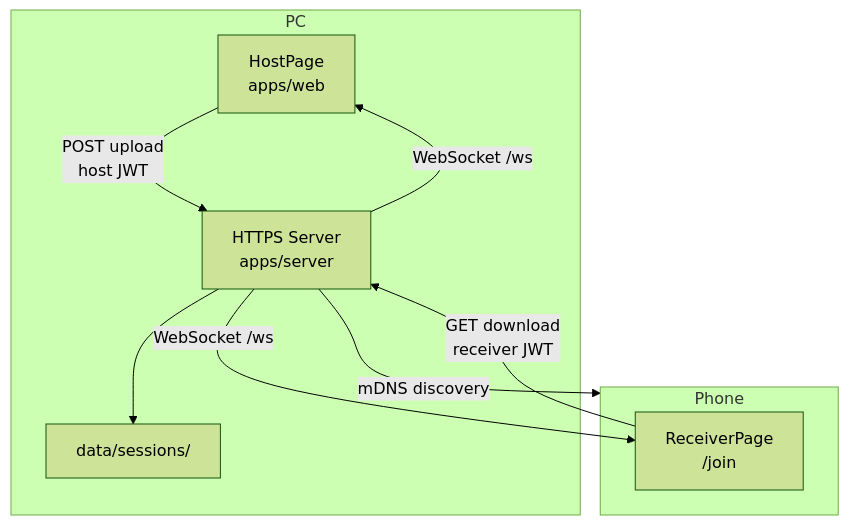
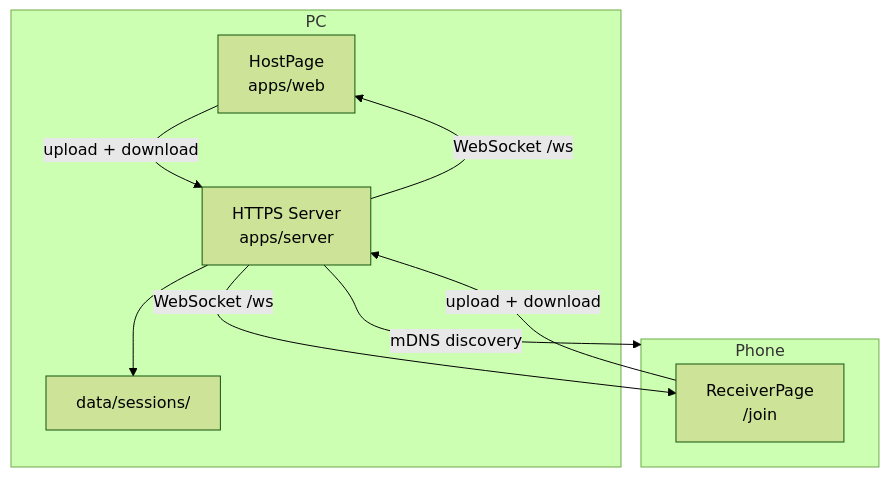
Before and after one commit to anggawisman/transfer-file: the first of 2 diagrams in docs/architecture.md, drawn with Mermaid (forest theme). The commit also changed other lines of this file and 26 other files, not shown here.

````diff
--- a/docs/architecture.md
+++ b/docs/architecture.md
@@ -11,17 +13,17 @@
 ```mermaid
 flowchart TB
   subgraph pc [PC]
     HostUI["HostPage\napps/web"]
     Server["HTTPS Server\napps/server"]
     Disk["data/sessions/"]
   end
   subgraph phone [Phone]
     ReceiverUI["ReceiverPage\n/join"]
   end
-  HostUI -->|"POST upload\nhost JWT"| Server
-  ReceiverUI -->|"GET download\nreceiver JWT"| Server
+  HostUI -->|"upload + download"| Server
+  ReceiverUI -->|"upload + download"| Server
   Server --> Disk
   Server -->|"WebSocket /ws"| HostUI
   Server -->|"WebSocket /ws"| ReceiverUI
   Server -->|"mDNS discovery"| phone
 ```
````
